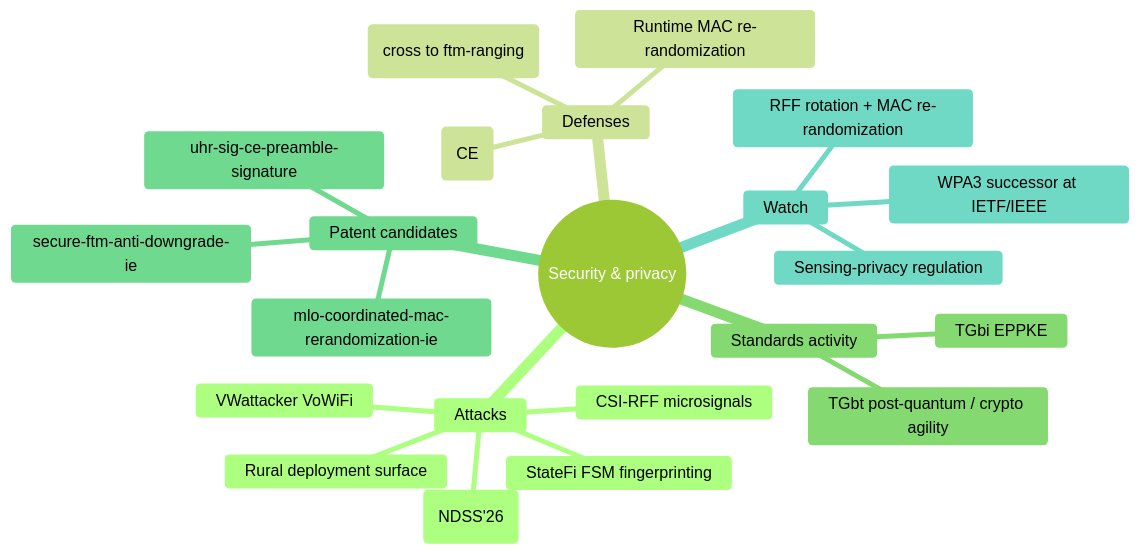
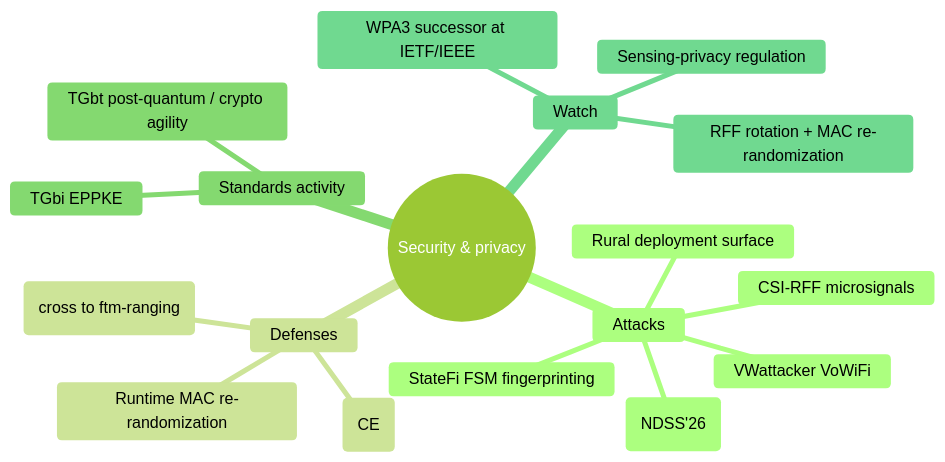
One commit to ntutangyun/wireless_comm_knowledge_base changed the diagram in topics/security-privacy.diagram.mmd. Above: the diagram before and after it, drawn with Mermaid (forest theme). The commit also changed 18 other files, not shown here.

Commit message:
Topics: scrub non-neutral strategy language from public narratives/diagrams; seed sat-direct-device and uwb-fi-ra narratives + mindmaps

```diff
--- a/topics/security-privacy.diagram.mmd
+++ b/topics/security-privacy.diagram.mmd
@@ -1,23 +1,19 @@
 mindmap
   root((Security & privacy))
     Attacks
       AirSnitch client-isolation (NDSS'26)
       CSI-RFF microsignals
       StateFi FSM fingerprinting
       VWattacker VoWiFi
       Rural deployment surface
     Defenses
       PHY-preamble signatures (CE)
       Runtime MAC re-randomization
       Secure FTM (cross to ftm-ranging)
     Standards activity
       TGbi EPPKE
       TGbt post-quantum / crypto agility
-    Patent candidates
-      uhr-sig-ce-preamble-signature
-      mlo-coordinated-mac-rerandomization-ie
-      secure-ftm-anti-downgrade-ie
     Watch
       WPA3 successor at IETF/IEEE
       Sensing-privacy regulation
       RFF rotation + MAC re-randomization
```
